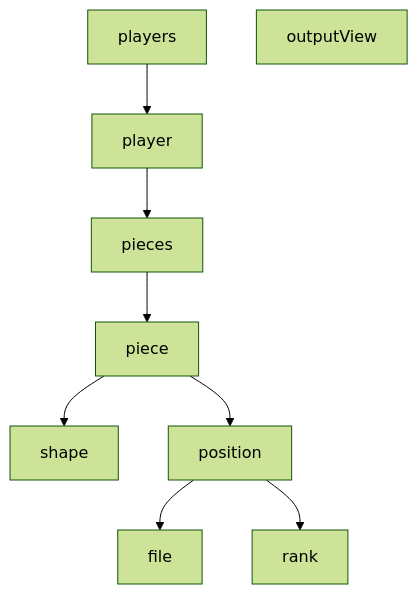
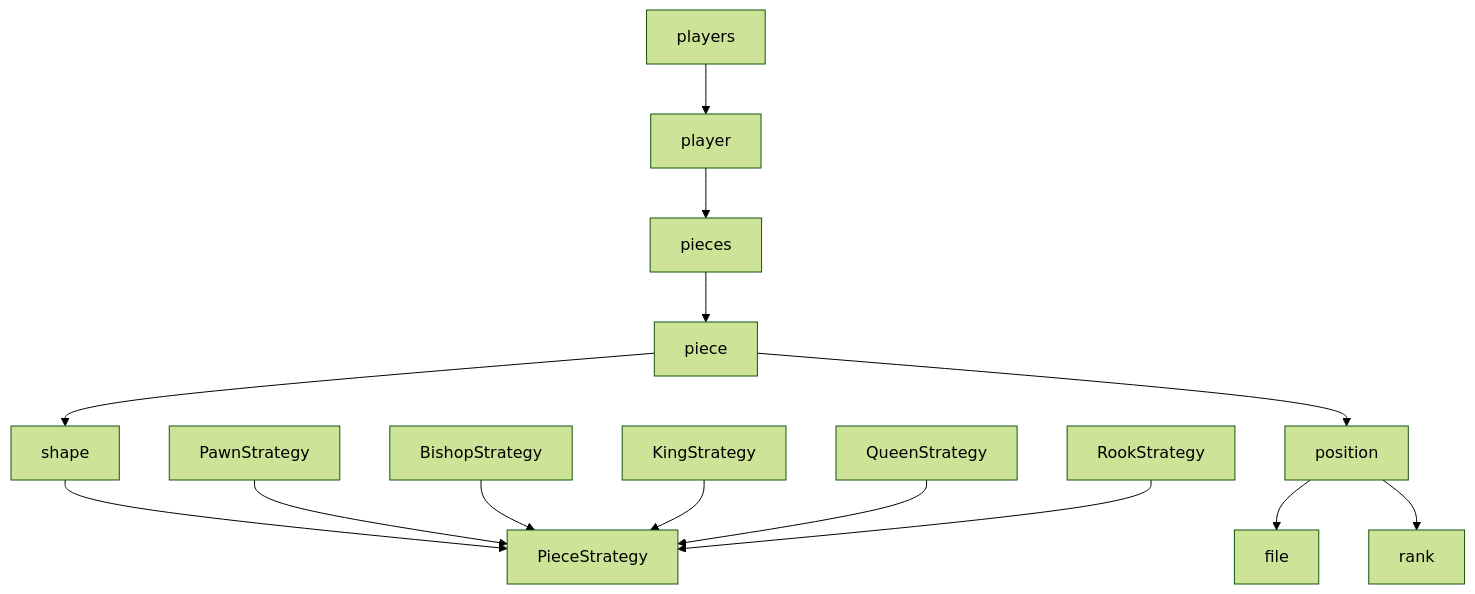
One commit to woowacourse/java-chess changed the diagram in README.md. Above: the diagram before and after it, drawn with Mermaid (forest theme).

Commit message:
Docs : mermaid 변경

````diff
--- a/README.md
+++ b/README.md
@@ -11,12 +11,18 @@
 ```mermaid
 graph TD
 D[pieces] --> A;
 A[piece] --> B[shape];
 A[piece] --> C[position];
 C --> E[file];
 C --> F[rank];
 
 H[player] --> D;
 I[players] --> H;
-G[outputView]
+
+B --> J[PieceStrategy]
+K[PawnStrategy] --> J
+L[BishopStrategy] --> J
+M[KingStrategy] --> J
+N[QueenStrategy] --> J
+O[RookStrategy] --> J
 ```
````
